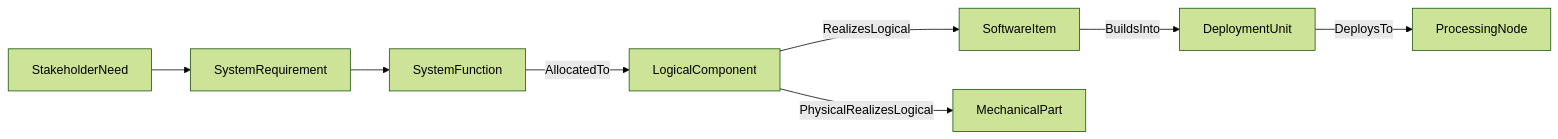
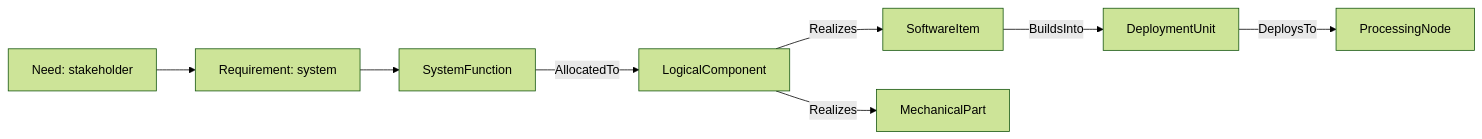
The diagram in docs/layers/requirements-architecture.md (memoarchitect/memo), drawn with Mermaid (forest theme) before and after one commit. The commit also changed other lines of this file and 100 other files, not shown here.

````diff
--- a/docs/layers/requirements-architecture.md
+++ b/docs/layers/requirements-architecture.md
@@ -63,10 +66,10 @@
 ```mermaid
 flowchart LR
-    Need[StakeholderNeed] --> Req[SystemRequirement]
+    Need[Need: stakeholder] --> Req[Requirement: system]
     Req --> Function[SystemFunction]
     Function -->|AllocatedTo| Logical[LogicalComponent]
-    Logical -->|RealizesLogical| Module[SoftwareItem]
+    Logical -->|Realizes| Module[SoftwareItem]
     Module -->|BuildsInto| Unit[DeploymentUnit]
     Unit -->|DeploysTo| Node[ProcessingNode]
-    Logical -->|PhysicalRealizesLogical| Mech[MechanicalPart]
+    Logical -->|Realizes| Mech[MechanicalPart]
 ```
````
